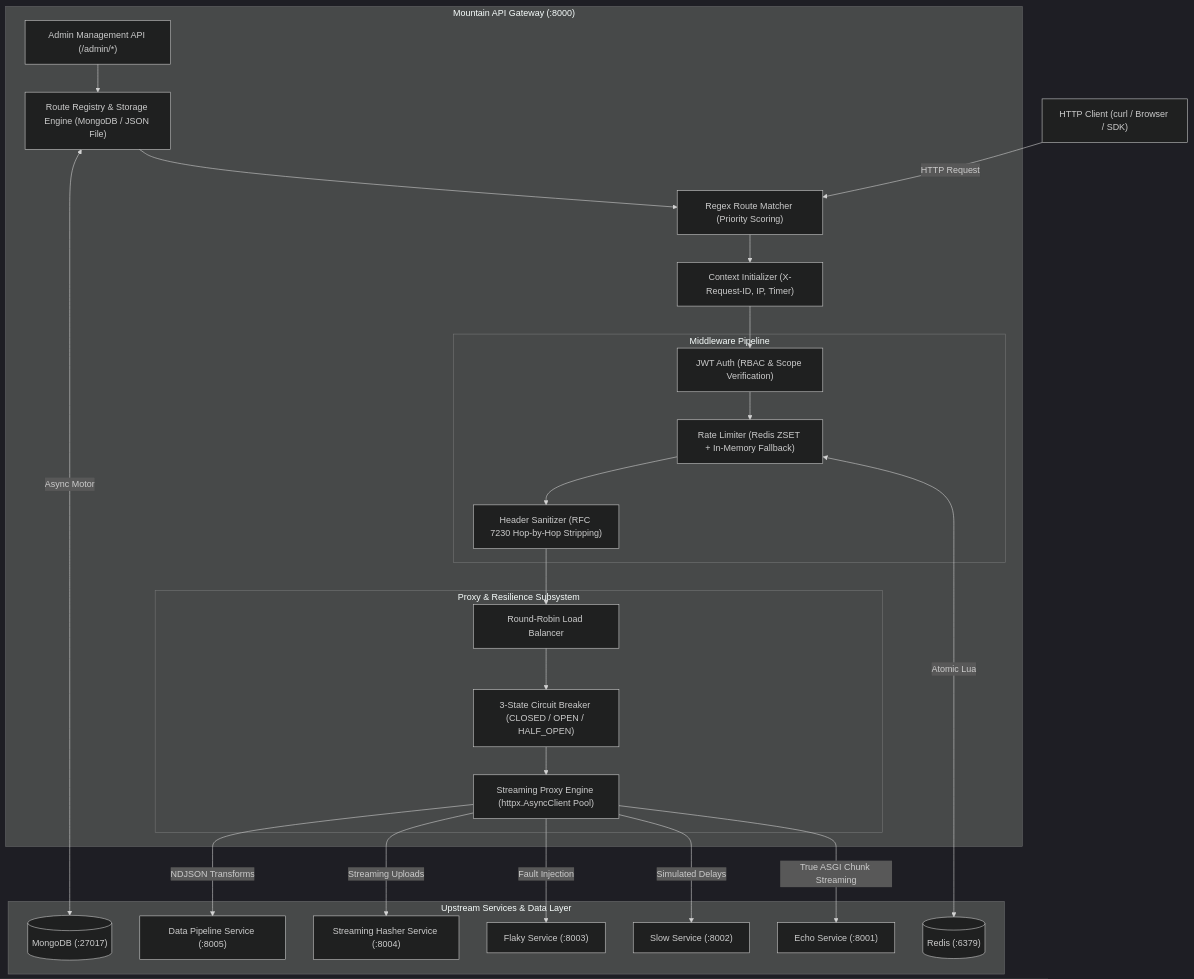
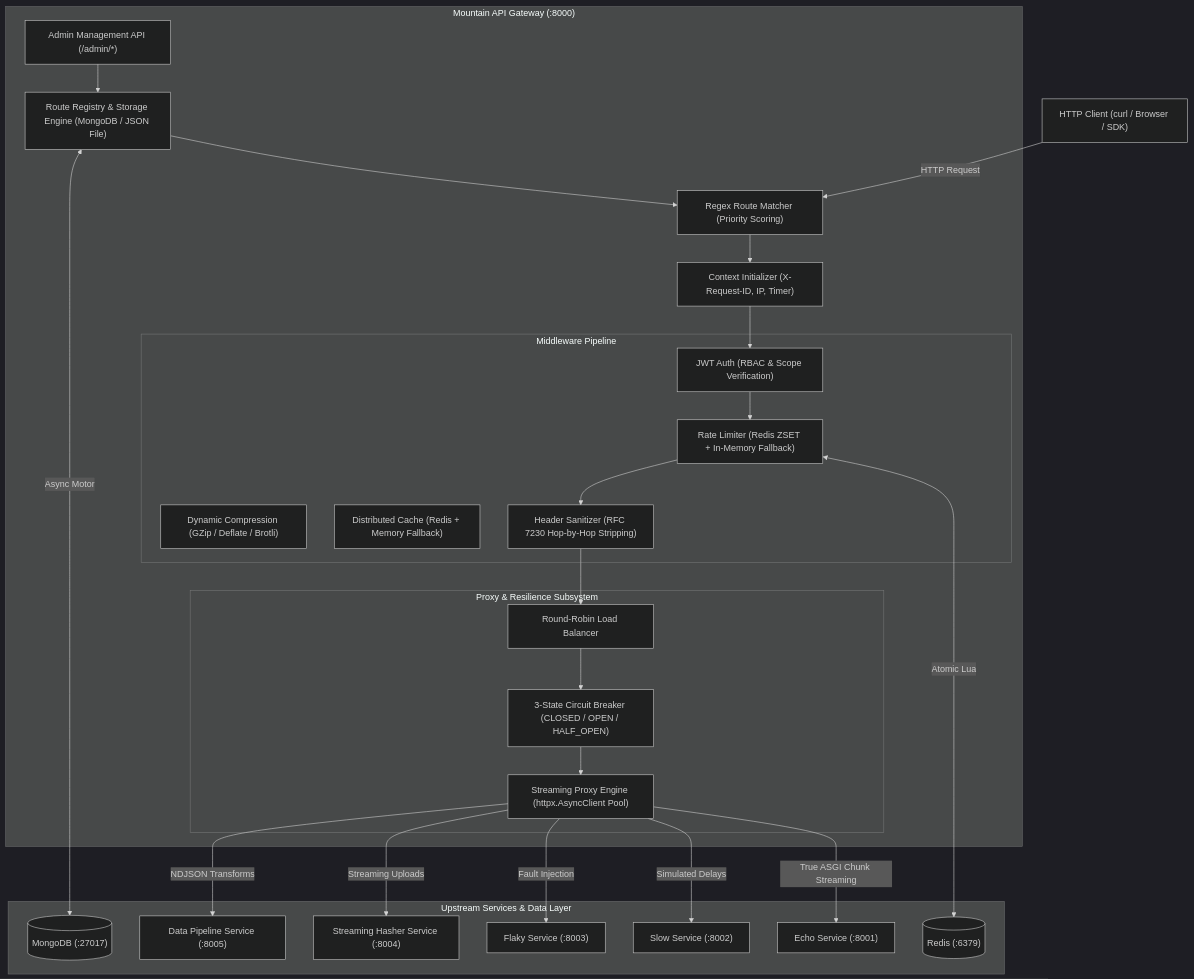
One commit to yayatab/mountain_api_gateway changed the diagram in README.md. Above: the diagram before and after it, drawn with Mermaid (dark theme). The commit also changed other lines of this file and 10 other files, not shown here.

Commit message:
feat: add distributed response caching and dynamic response compression middlewares

````diff
--- a/README.md
+++ b/README.md
@@ -16,53 +16,55 @@
 ```mermaid
 flowchart TD
     Client["HTTP Client (curl / Browser / SDK)"]
     
     subgraph Gateway ["Mountain API Gateway (:8000)"]
         Router["Regex Route Matcher (Priority Scoring)"]
         Context["Context Initializer (X-Request-ID, IP, Timer)"]
         
         subgraph Pipeline ["Middleware Pipeline"]
+            Comp["Dynamic Compression (GZip / Deflate / Brotli)"]
             Auth["JWT Auth (RBAC & Scope Verification)"]
             RateLimit["Rate Limiter (Redis ZSET + In-Memory Fallback)"]
+            Cache["Distributed Cache (Redis + Memory Fallback)"]
             Transform["Header Sanitizer (RFC 7230 Hop-by-Hop Stripping)"]
         end
         
         subgraph Proxy ["Proxy & Resilience Subsystem"]
             LB["Round-Robin Load Balancer"]
             CB["3-State Circuit Breaker (CLOSED / OPEN / HALF_OPEN)"]
             Engine["Streaming Proxy Engine (httpx.AsyncClient Pool)"]
         end
         
         Admin["Admin Management API (/admin/*)"]
         Registry["Route Registry & Storage Engine (MongoDB / JSON File)"]
     end
     
     subgraph Backends ["Upstream Services & Data Layer"]
         Redis[("Redis (:6379)")]
         MongoDB[("MongoDB (:27017)")]
         Echo["Echo Service (:8001)"]
         Slow["Slow Service (:8002)"]
         Flaky["Flaky Service (:8003)"]
         Hasher["Streaming Hasher Service (:8004)"]
         PipelineSvc["Data Pipeline Service (:8005)"]
     end
     
     Client -->|HTTP Request| Router
     Router --> Context
     Context --> Auth
     Auth --> RateLimit
     RateLimit <-->|Atomic Lua| Redis
     RateLimit --> Transform
     Transform --> LB
     LB --> CB
     CB --> Engine
     Engine -->|True ASGI Chunk Streaming| Echo
     Engine -->|Simulated Delays| Slow
     Engine -->|Fault Injection| Flaky
     Engine -->|Streaming Uploads| Hasher
     Engine -->|NDJSON Transforms| PipelineSvc
     
     Admin --> Registry
     Registry --> Router
     Registry <-->|Async Motor| MongoDB
 ```
````
